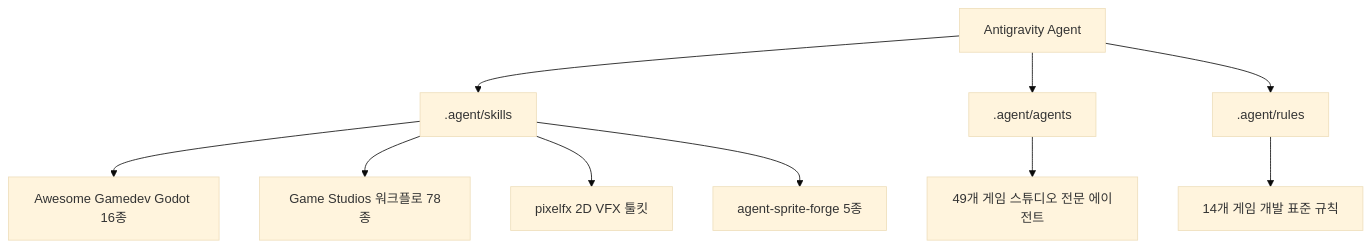
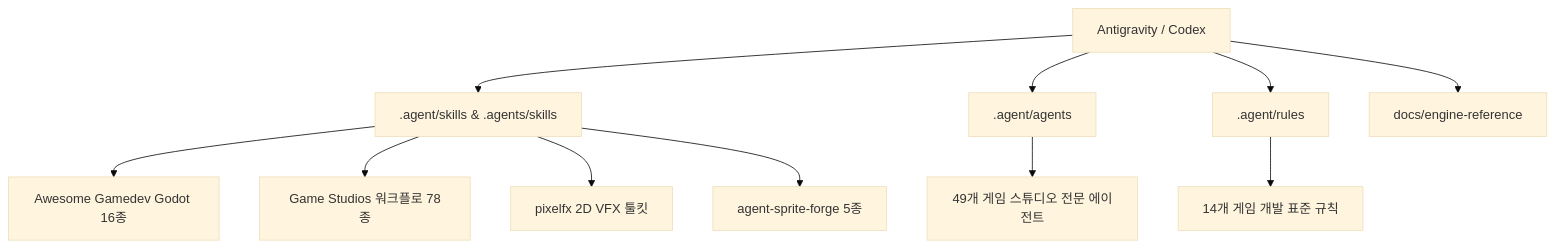
One commit to Jeon-JongChan/Godot-Projects changed the diagram in GEMINI.md. Above: the diagram before and after it, drawn with Mermaid (base theme). The commit also changed other lines of this file and 318 other files, not shown here.

````diff
--- a/GEMINI.md
+++ b/GEMINI.md
@@ -10,14 +10,15 @@
 ```mermaid
 graph TD
-    A[Antigravity Agent] --> B[.agent/skills]
+    A[Antigravity / Codex] --> B[.agent/skills & .agents/skills]
     A --> C[.agent/agents]
     A --> D[.agent/rules]
+    A --> K[docs/engine-reference]
     
     B --> E[Awesome Gamedev Godot 16종]
     B --> F[Game Studios 워크플로 78종]
     B --> G[pixelfx 2D VFX 툴킷]
     B --> H[agent-sprite-forge 5종]
     
     C --> I[49개 게임 스튜디오 전문 에이전트]
     D --> J[14개 게임 개발 표준 규칙]
 ```
````
